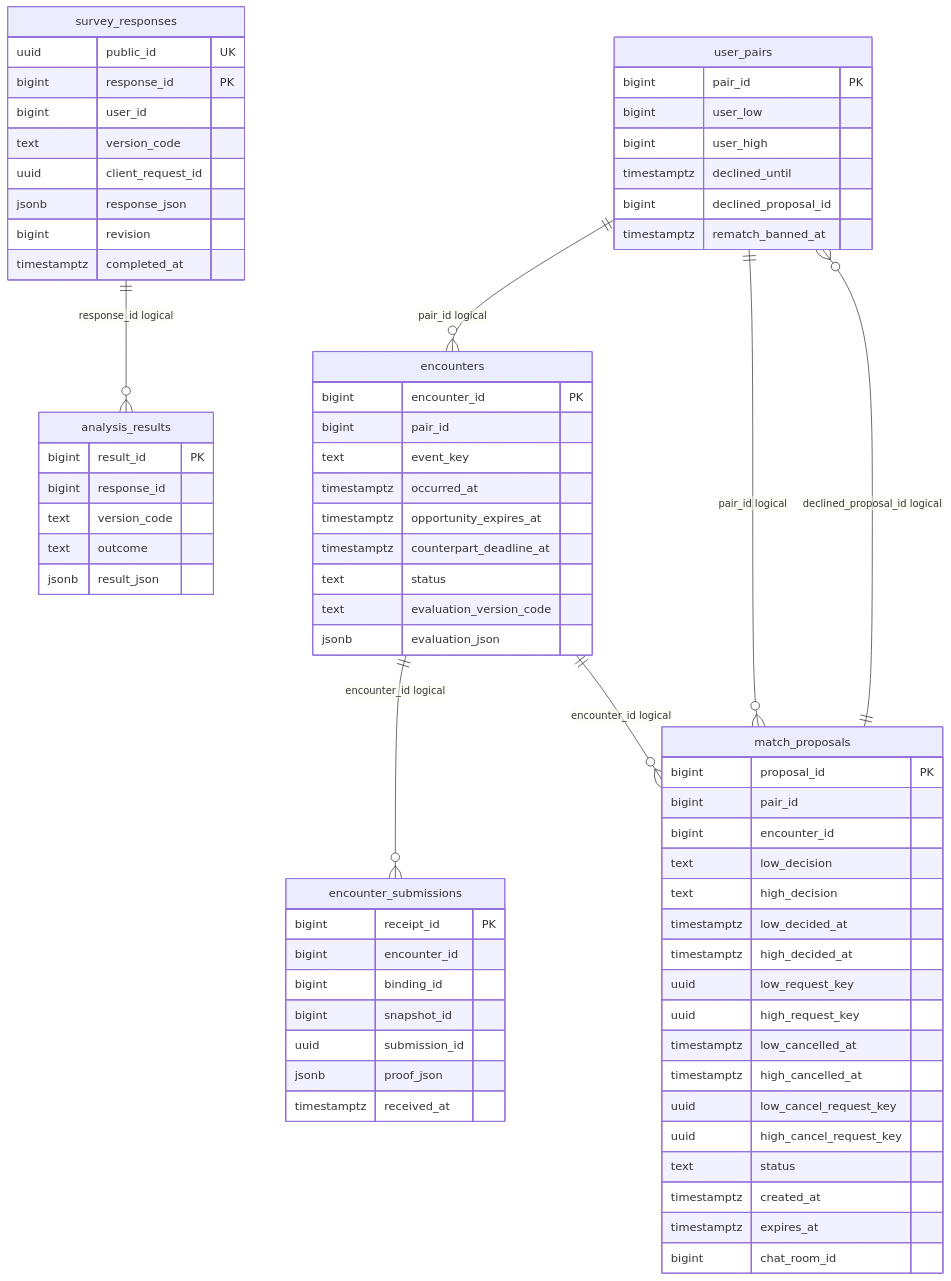
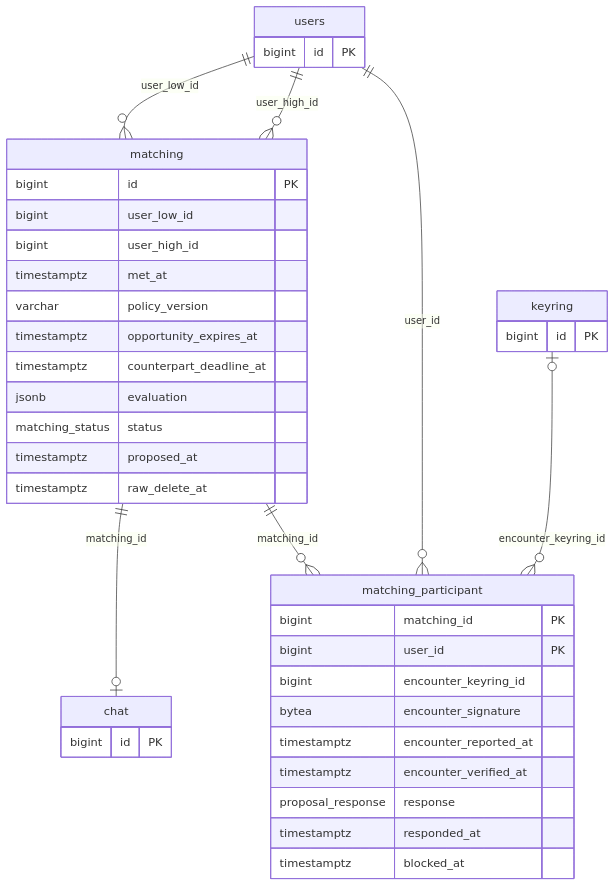
One commit to j-moo/Tingle changed the diagram in docs/database/erd-3.mmd. Above: the diagram before and after it, drawn with Mermaid. The commit also changed 33 other files, not shown here.

Commit message:
docs: 최신 21개 테이블 기준 담당 API와 ERD 문서 정합화

```diff
--- a/docs/database/erd-3.mmd
+++ b/docs/database/erd-3.mmd
@@ -1,71 +1,41 @@
+%% ERD21 design view; relationships are logical, not production FK proof.
 erDiagram
-    survey_responses {
-        uuid public_id UK
-        bigint response_id PK
-        bigint user_id
-        text version_code
-        uuid client_request_id
-        jsonb response_json
-        bigint revision
-        timestamptz completed_at
-    }
-    analysis_results {
-        bigint result_id PK
-        bigint response_id
-        text version_code
-        text outcome
-        jsonb result_json
-    }
-    user_pairs {
-        bigint pair_id PK
-        bigint user_low
-        bigint user_high
-        timestamptz declined_until
-        bigint declined_proposal_id
-        timestamptz rematch_banned_at
-    }
-    encounters {
-        bigint encounter_id PK
-        bigint pair_id
-        text event_key
-        timestamptz occurred_at
+    matching {
+        bigint id PK
+        bigint user_low_id
+        bigint user_high_id
+        timestamptz met_at
+        varchar policy_version
         timestamptz opportunity_expires_at
         timestamptz counterpart_deadline_at
-        text status
-        text evaluation_version_code
-        jsonb evaluation_json
+        jsonb evaluation
+        matching_status status
+        timestamptz proposed_at
+        timestamptz raw_delete_at
     }
-    encounter_submissions {
-        bigint receipt_id PK
-        bigint encounter_id
-        bigint binding_id
-        bigint snapshot_id
-        uuid submission_id
-        jsonb proof_json
-        timestamptz received_at
+    matching_participant {
+        bigint matching_id PK
+        bigint user_id PK
+        bigint encounter_keyring_id
+        bytea encounter_signature
+        timestamptz encounter_reported_at
+        timestamptz encounter_verified_at
+        proposal_response response
+        timestamptz responded_at
+        timestamptz blocked_at
     }
-    match_proposals {
-        bigint proposal_id PK
-        bigint pair_id
-        bigint encounter_id
-        text low_decision
-        text high_decision
-        timestamptz low_decided_at
-        timestamptz high_decided_at
-        uuid low_request_key
-        uuid high_request_key
-        timestamptz low_cancelled_at
-        timestamptz high_cancelled_at
-        uuid low_cancel_request_key
-        uuid high_cancel_request_key
-        text status
-        timestamptz created_at
-        timestamptz expires_at
-        bigint chat_room_id
+    chat {
+        bigint id PK
     }
-    survey_responses ||--o{ analysis_results : "response_id logical"
-    match_proposals ||--o{ user_pairs : "declined_proposal_id logical"
-    user_pairs ||--o{ encounters : "pair_id logical"
-    encounters ||--o{ encounter_submissions : "encounter_id logical"
-    user_pairs ||--o{ match_proposals : "pair_id logical"
-    encounters ||--o{ match_proposals : "encounter_id logical"
+    keyring {
+        bigint id PK
+    }
+    users {
+        bigint id PK
+    }
+    users ||--o{ matching : "user_low_id"
+    users ||--o{ matching : "user_high_id"
+    matching ||--o| chat : "matching_id"
+    matching ||--o{ matching_participant : "matching_id"
+    users ||--o{ matching_participant : "user_id"
+    keyring o|--o{ matching_participant : "encounter_keyring_id"
```
